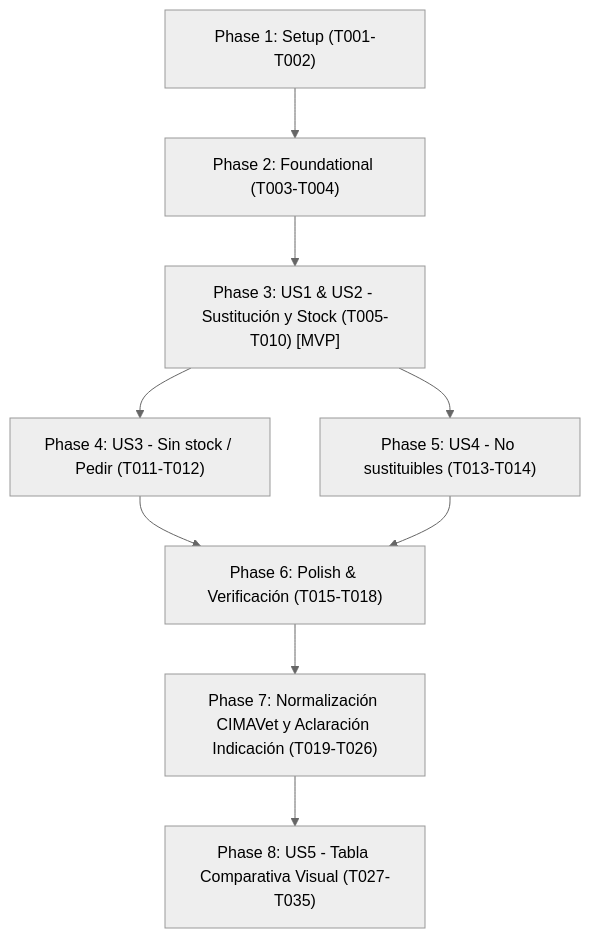
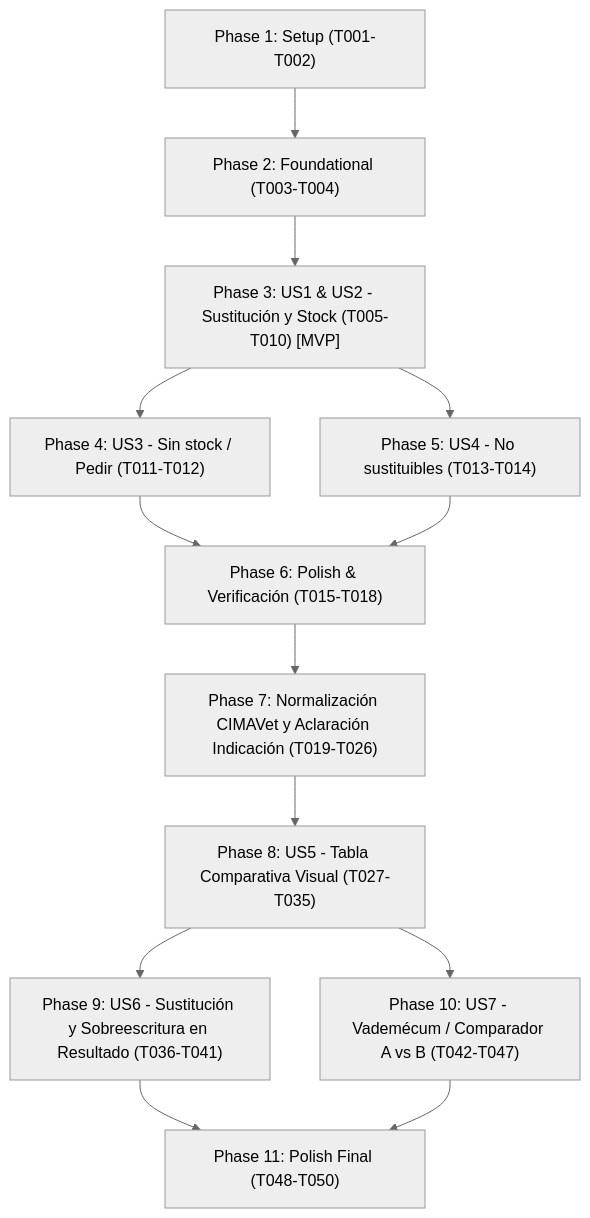
Before and after one commit to jcmendez-guerrero/presvetcheck: the diagram in specs/005-assistant-stock-substitutions/tasks.md, drawn with Mermaid (neutral theme). The commit also changed other lines of this file and 22 other files, not shown here.

````diff
--- a/specs/005-assistant-stock-substitutions/tasks.md
+++ b/specs/005-assistant-stock-substitutions/tasks.md
@@ -166,11 +223,15 @@
 ```mermaid
 flowchart TD
     Setup["Phase 1: Setup (T001-T002)"] --> Foundational["Phase 2: Foundational (T003-T004)"]
     Foundational --> US1_US2["Phase 3: US1 & US2 - Sustitución y Stock (T005-T010) [MVP]"]
     US1_US2 --> US3["Phase 4: US3 - Sin stock / Pedir (T011-T012)"]
     US1_US2 --> US4["Phase 5: US4 - No sustituibles (T013-T014)"]
     US3 --> Polish["Phase 6: Polish & Verificación (T015-T018)"]
     US4 --> Polish
     Polish --> Phase7["Phase 7: Normalización CIMAVet y Aclaración Indicación (T019-T026)"]
     Phase7 --> Phase8["Phase 8: US5 - Tabla Comparativa Visual (T027-T035)"]
+    Phase8 --> Phase9["Phase 9: US6 - Sustitución y Sobreescritura en Resultado (T036-T041)"]
+    Phase8 --> Phase10["Phase 10: US7 - Vademécum / Comparador A vs B (T042-T047)"]
+    Phase9 --> Phase11["Phase 11: Polish Final (T048-T050)"]
+    Phase10 --> Phase11
 ```
````
